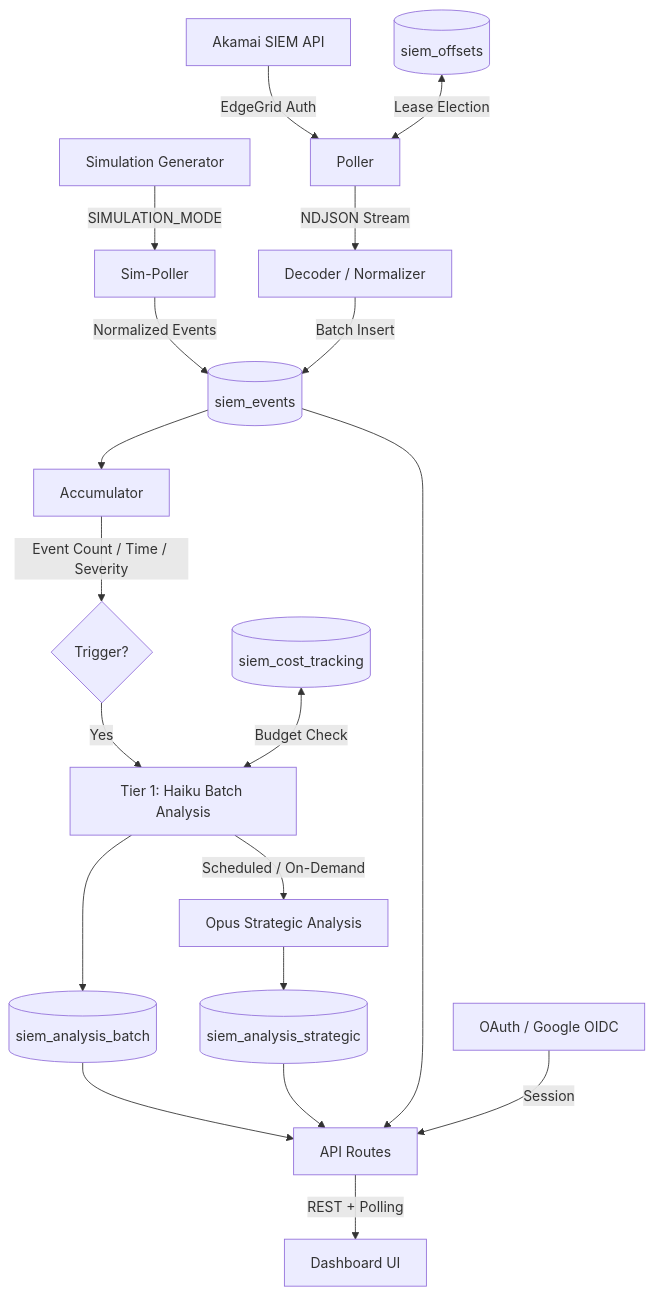
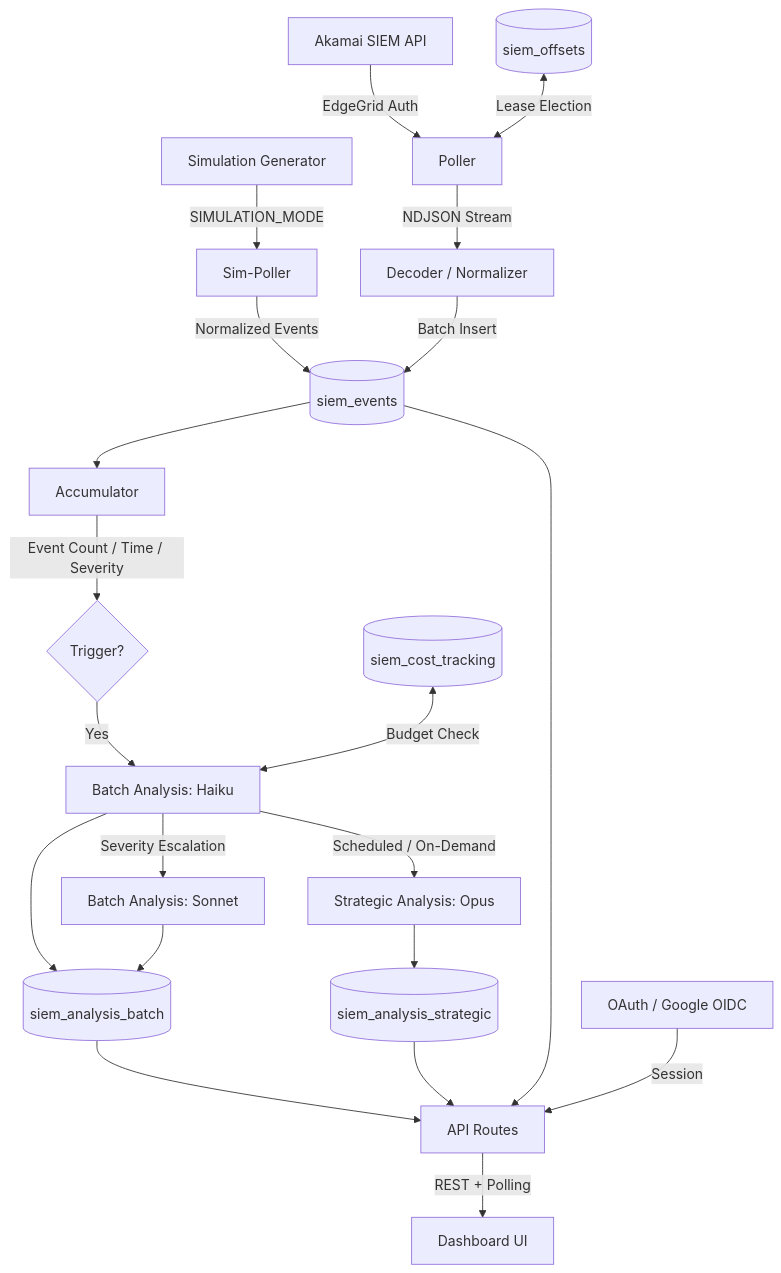
One commit to HarperFast/akamai-siem-analyzer changed the diagram in README.md. Above: the diagram before and after it, drawn with Mermaid. The commit also changed other lines of this file, not shown here.

Commit message:
Fix README: include Sonnet escalation in batch analysis tier

````diff
--- a/README.md
+++ b/README.md
@@ -22,27 +22,29 @@
 ```mermaid
 flowchart TD
     A[Akamai SIEM API] -->|EdgeGrid Auth| B[Poller]
     S[Simulation Generator] -->|SIMULATION_MODE| T[Sim-Poller]
     T -->|Normalized Events| D
     B -->|NDJSON Stream| C[Decoder / Normalizer]
     C -->|Batch Insert| D[(siem_events)]
 
     D --> E[Accumulator]
     E -->|Event Count / Time / Severity| F{Trigger?}
 
-    F -->|Yes| G[Tier 1: Haiku Batch Analysis]
-    G -->|Scheduled / On-Demand| I[Opus Strategic Analysis]
+    F -->|Yes| G[Batch Analysis: Haiku]
+    G -->|Severity Escalation| G2[Batch Analysis: Sonnet]
+    G -->|Scheduled / On-Demand| I[Strategic Analysis: Opus]
 
     G --> J[(siem_analysis_batch)]
+    G2 --> J
     I --> K[(siem_analysis_strategic)]
 
     J --> L[API Routes]
     K --> L
     D --> L
 
     L -->|REST + Polling| M[Dashboard UI]
 
     N[OAuth / Google OIDC] -->|Session| L
     O[(siem_offsets)] <-->|Lease Election| B
     P[(siem_cost_tracking)] <-->|Budget Check| G
 ```
````
